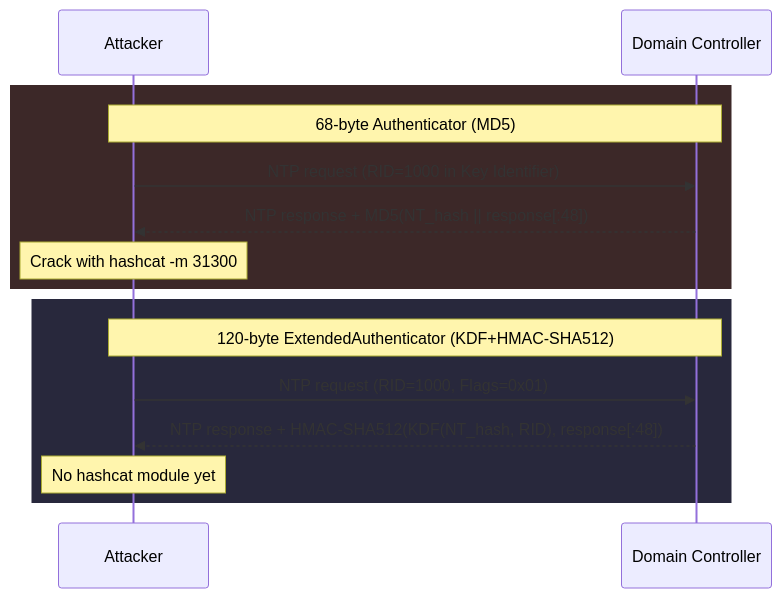
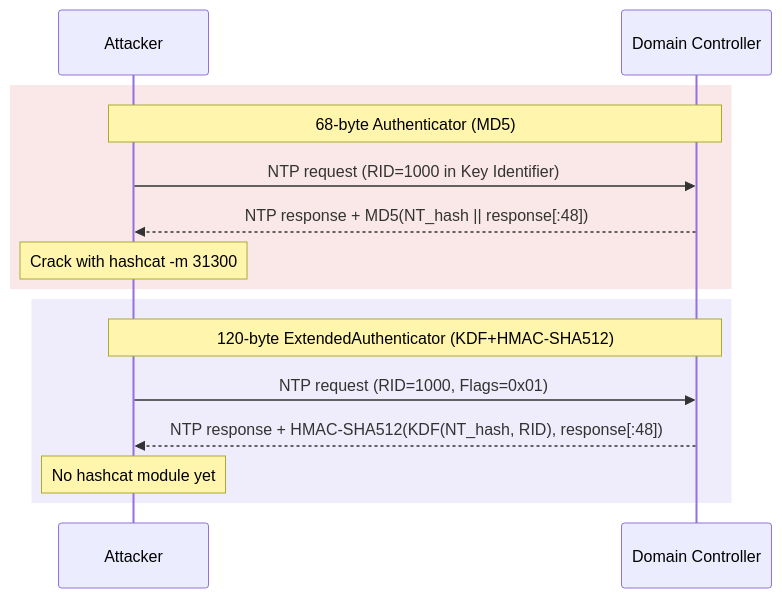
The diagram in docs/background/timeroasting.md (StrongWind1/KerbWolf), drawn with Mermaid before and after one commit. The commit also changed 4 other files, not shown here.

First line of the commit message:
docs: make diagram fills readable in the light theme

````diff
--- a/docs/background/timeroasting.md
+++ b/docs/background/timeroasting.md
@@ -28,19 +28,19 @@
 ```mermaid
 sequenceDiagram
     participant Attacker
     participant DC as Domain Controller
 
-    rect rgb(60, 40, 40)
+    rect rgba(214, 69, 69, 0.12)
     Note over Attacker,DC: 68-byte Authenticator (MD5)
     Attacker->>DC: NTP request (RID=1000 in Key Identifier)
     DC-->>Attacker: NTP response + MD5(NT_hash || response[:48])
     Note over Attacker: Crack with hashcat -m 31300
     end
 
-    rect rgb(40, 40, 60)
+    rect rgba(124, 111, 224, 0.12)
     Note over Attacker,DC: 120-byte ExtendedAuthenticator (KDF+HMAC-SHA512)
     Attacker->>DC: NTP request (RID=1000, Flags=0x01)
     DC-->>Attacker: NTP response + HMAC-SHA512(KDF(NT_hash, RID), response[:48])
     Note over Attacker: No hashcat module yet
     end
 ```
````
